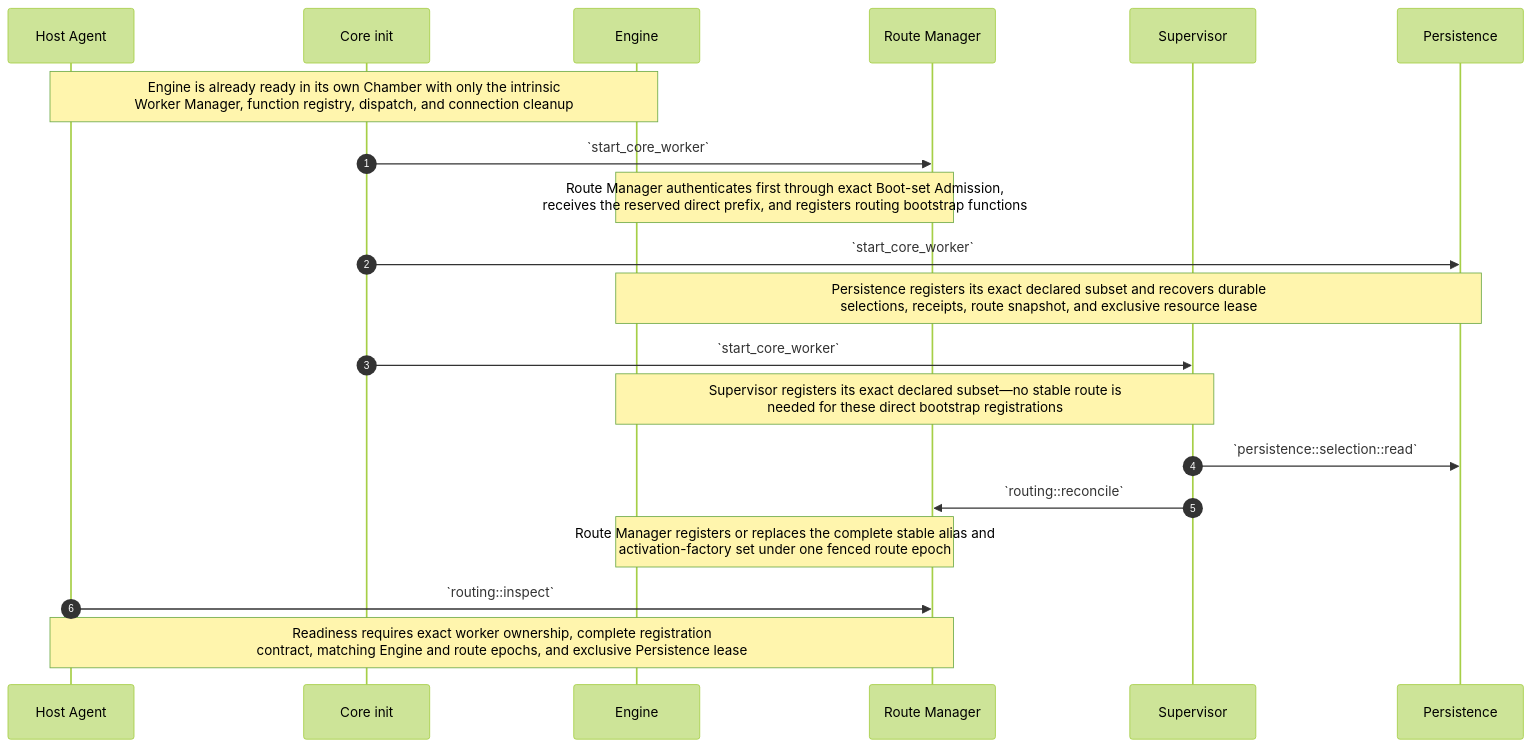
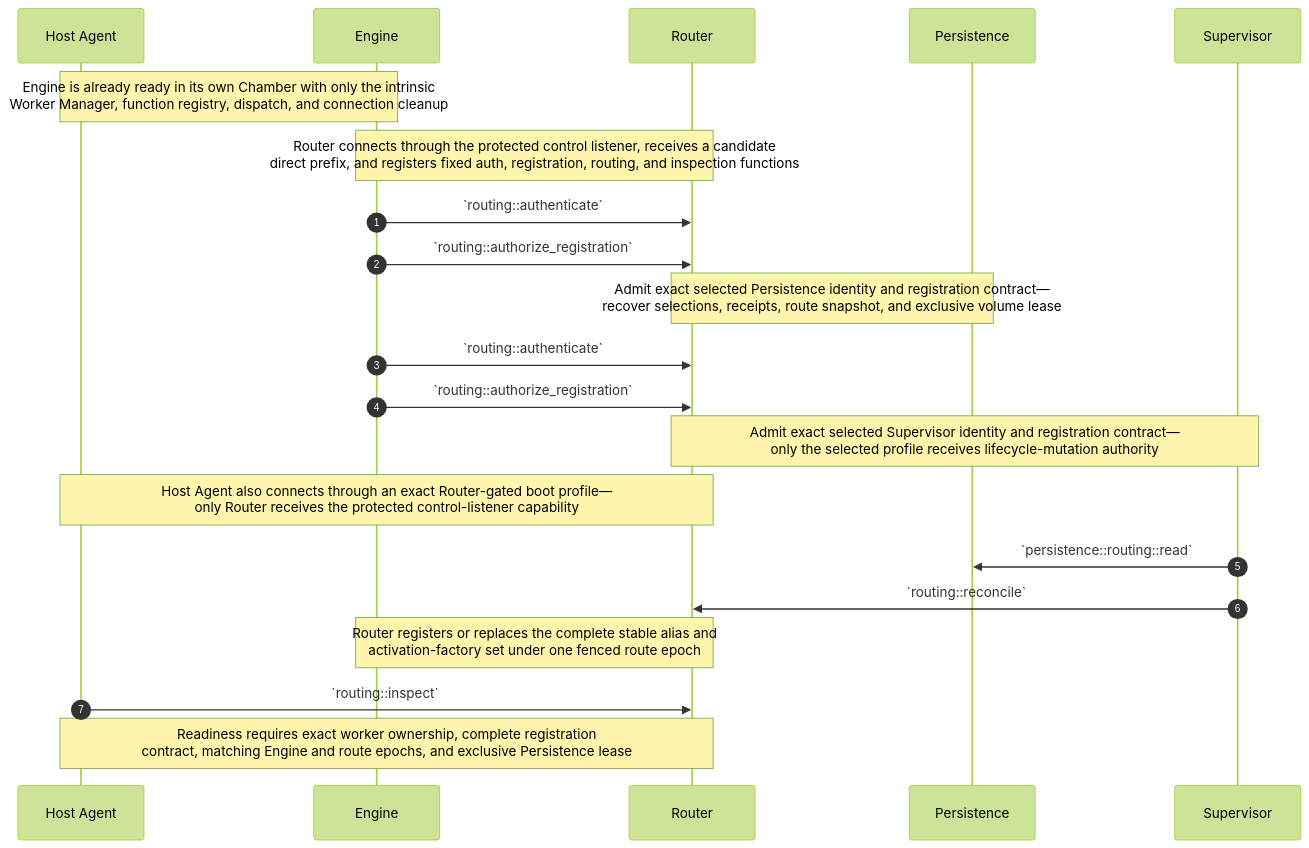
One commit to dreamcatcher-tech/chambers-lifecycle-explorer changed the fifth of 15 diagrams in source/chambers-lifecycle-sequences.md. Above: the diagram before and after it, drawn with Mermaid (forest theme). The commit also changed other lines of this file and 9 other files, not shown here.

Commit message:
Publish replaceable router lifecycle

````diff
--- a/source/chambers-lifecycle-sequences.md
+++ b/source/chambers-lifecycle-sequences.md
@@ -791,23 +890,24 @@
 ```mermaid
 sequenceDiagram
     autonumber
     participant HostAgent as Host Agent
-    participant CoreInit as Core init
     participant Engine
-    participant RouteManager as Route Manager
+    participant Router as Router
+    participant Persistence
     participant Supervisor
-    participant Persistence
 
     Note over HostAgent,Engine: Engine is already ready in its own Chamber with only the intrinsic<br/>Worker Manager, function registry, dispatch, and connection cleanup
-    CoreInit->>RouteManager: `start_core_worker`
-    Note over Engine,RouteManager: Route Manager authenticates first through exact Boot-set Admission,<br/>receives the reserved direct prefix, and registers routing bootstrap functions
-    CoreInit->>Persistence: `start_core_worker`
-    Note over Engine,Persistence: Persistence registers its exact declared subset and recovers durable<br/>selections, receipts, route snapshot, and exclusive resource lease
-    CoreInit->>Supervisor: `start_core_worker`
-    Note over Engine,Supervisor: Supervisor registers its exact declared subset—no stable route is<br/>needed for these direct bootstrap registrations
-    Supervisor->>Persistence: `persistence::selection::read`
-    Supervisor->>RouteManager: `routing::reconcile`
-    Note over RouteManager,Engine: Route Manager registers or replaces the complete stable alias and<br/>activation-factory set under one fenced route epoch
-    HostAgent->>RouteManager: `routing::inspect`
-    Note over HostAgent,RouteManager: Readiness requires exact worker ownership, complete registration<br/>contract, matching Engine and route epochs, and exclusive Persistence lease
+    Note over Engine,Router: Router connects through the protected control listener, receives a candidate<br/>direct prefix, and registers fixed auth, registration, routing, and inspection functions
+    Engine->>Router: `routing::authenticate`
+    Engine->>Router: `routing::authorize_registration`
+    Note over Router,Persistence: Admit exact selected Persistence identity and registration contract—<br/>recover selections, receipts, route snapshot, and exclusive volume lease
+    Engine->>Router: `routing::authenticate`
+    Engine->>Router: `routing::authorize_registration`
+    Note over Router,Supervisor: Admit exact selected Supervisor identity and registration contract—<br/>only the selected profile receives lifecycle-mutation authority
+    Note over HostAgent,Router: Host Agent also connects through an exact Router-gated boot profile—<br/>only Router receives the protected control-listener capability
+    Supervisor->>Persistence: `persistence::routing::read`
+    Supervisor->>Router: `routing::reconcile`
+    Note over Router,Engine: Router registers or replaces the complete stable alias and<br/>activation-factory set under one fenced route epoch
+    HostAgent->>Router: `routing::inspect`
+    Note over HostAgent,Router: Readiness requires exact worker ownership, complete registration<br/>contract, matching Engine and route epochs, and exclusive Persistence lease
 ```
````
